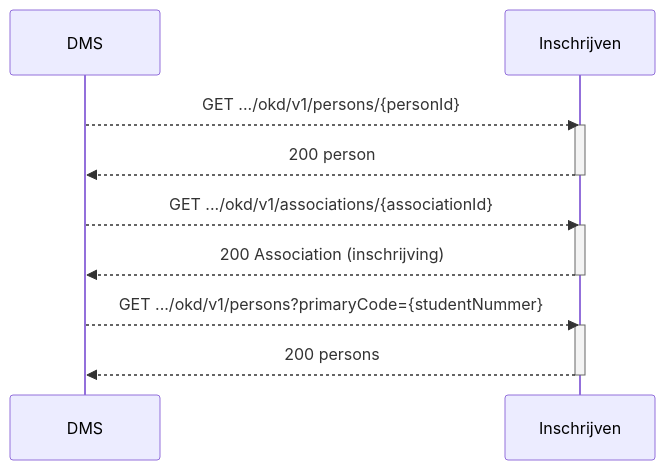
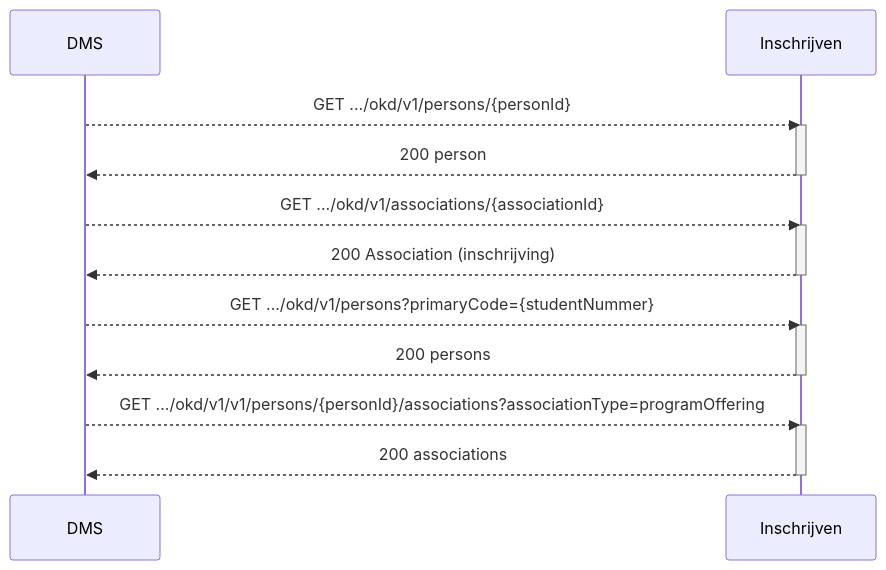
Before and after one commit to Onderwijs-Koppelingen-OKx/OKD-Document-Management: the diagram in doc/flow-7.md, drawn with Mermaid. The commit also changed other lines of this file and 2 other files, not shown here.

Commit message:
Update doc and set version to 1.5 iso 2.0

````diff
--- a/doc/flow-7.md
+++ b/doc/flow-7.md
@@ -16,19 +16,24 @@
 ```mermaid
 sequenceDiagram
     participant DMS
     participant Inschrijven
     DMS-->>Inschrijven: GET .../okd/v1/persons/{personId}
     activate Inschrijven
     Inschrijven-->>DMS: 200 person
     deactivate Inschrijven
 
     DMS-->>Inschrijven: GET .../okd/v1/associations/{associationId}
     activate Inschrijven
     Inschrijven-->>DMS: 200 Association (inschrijving)
     deactivate Inschrijven
 
     DMS-->>Inschrijven: GET .../okd/v1/persons?primaryCode={studentNummer}
     activate Inschrijven
     Inschrijven-->>DMS: 200 persons
     deactivate Inschrijven
+
+    DMS-->>Inschrijven: GET .../okd/v1/v1/persons/{personId}/associations?associationType=programOffering
+    activate Inschrijven
+    Inschrijven-->>DMS: 200 associations
+    deactivate Inschrijven
 ```
````
